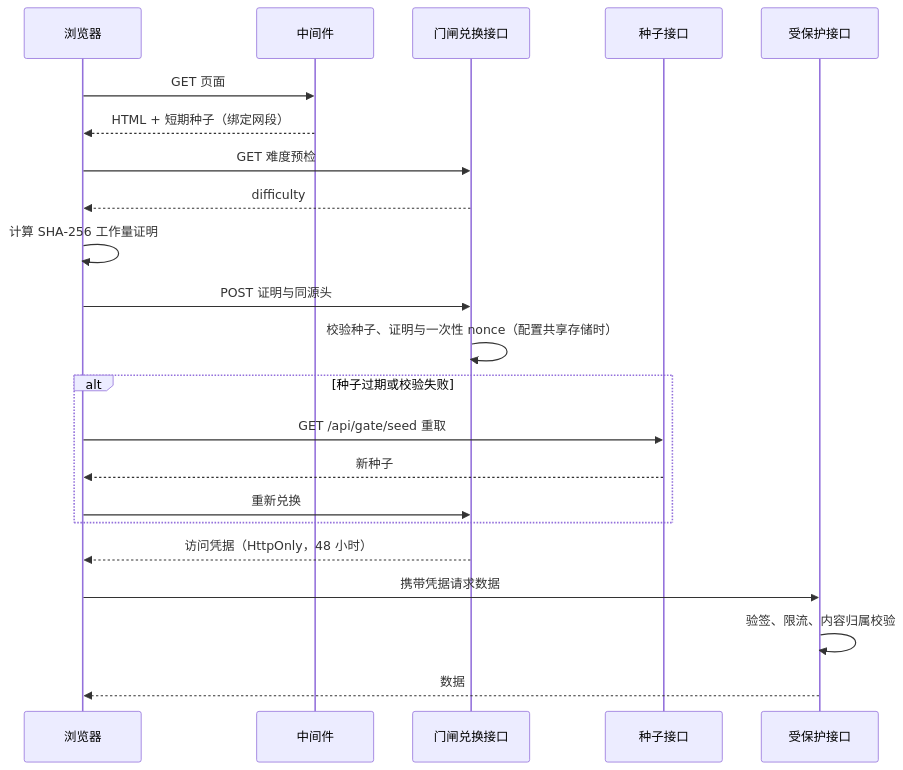
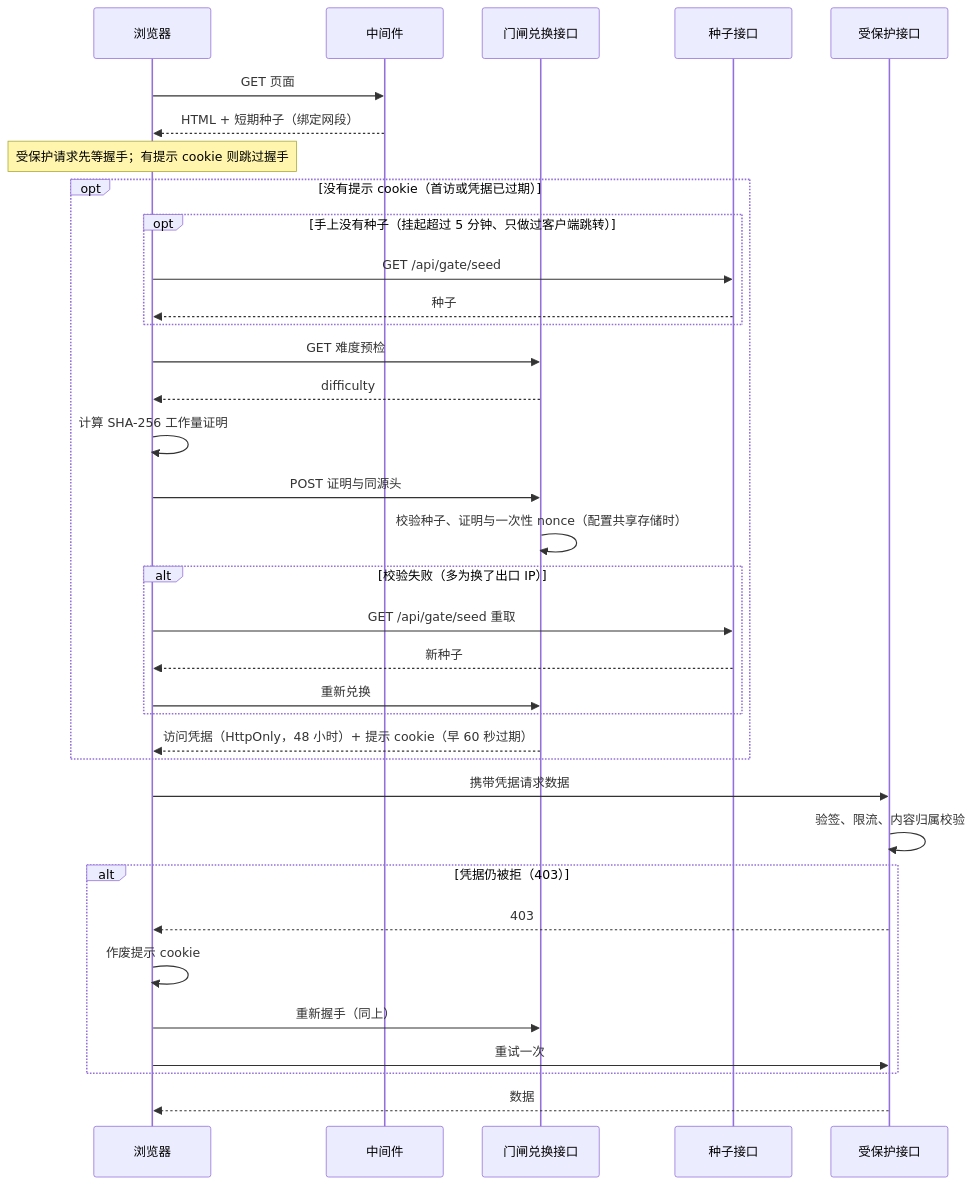
One commit to DailyRhapsody/DailyRhapsody changed the sixth of 11 diagrams in README.md. Above: the diagram before and after it, drawn with Mermaid. The commit also changed other lines of this file and 22 other files, not shown here.

````diff
--- a/README.md
+++ b/README.md
@@ -742,24 +742,37 @@
 ```mermaid
 sequenceDiagram
   participant B as 浏览器
   participant M as 中间件
   participant G as 门闸兑换接口
   participant S as 种子接口
   participant A as 受保护接口
   B->>M: GET 页面
   M-->>B: HTML + 短期种子（绑定网段）
-  B->>G: GET 难度预检
-  G-->>B: difficulty
-  B->>B: 计算 SHA-256 工作量证明
-  B->>G: POST 证明与同源头
-  G->>G: 校验种子、证明与一次性 nonce（配置共享存储时）
-  alt 种子过期或校验失败
-    B->>S: GET /api/gate/seed 重取
-    S-->>B: 新种子
-    B->>G: 重新兑换
+  Note over B: 受保护请求先等握手；有提示 cookie 则跳过握手
+  opt 没有提示 cookie（首访或凭据已过期）
+    opt 手上没有种子（挂起超过 5 分钟、只做过客户端跳转）
+      B->>S: GET /api/gate/seed
+      S-->>B: 种子
+    end
+    B->>G: GET 难度预检
+    G-->>B: difficulty
+    B->>B: 计算 SHA-256 工作量证明
+    B->>G: POST 证明与同源头
+    G->>G: 校验种子、证明与一次性 nonce（配置共享存储时）
+    alt 校验失败（多为换了出口 IP）
+      B->>S: GET /api/gate/seed 重取
+      S-->>B: 新种子
+      B->>G: 重新兑换
+    end
+    G-->>B: 访问凭据（HttpOnly，48 小时）+ 提示 cookie（早 60 秒过期）
   end
-  G-->>B: 访问凭据（HttpOnly，48 小时）
   B->>A: 携带凭据请求数据
   A->>A: 验签、限流、内容归属校验
+  alt 凭据仍被拒（403）
+    A-->>B: 403
+    B->>B: 作废提示 cookie
+    B->>G: 重新握手（同上）
+    B->>A: 重试一次
+  end
   A-->>B: 数据
 ```
````
